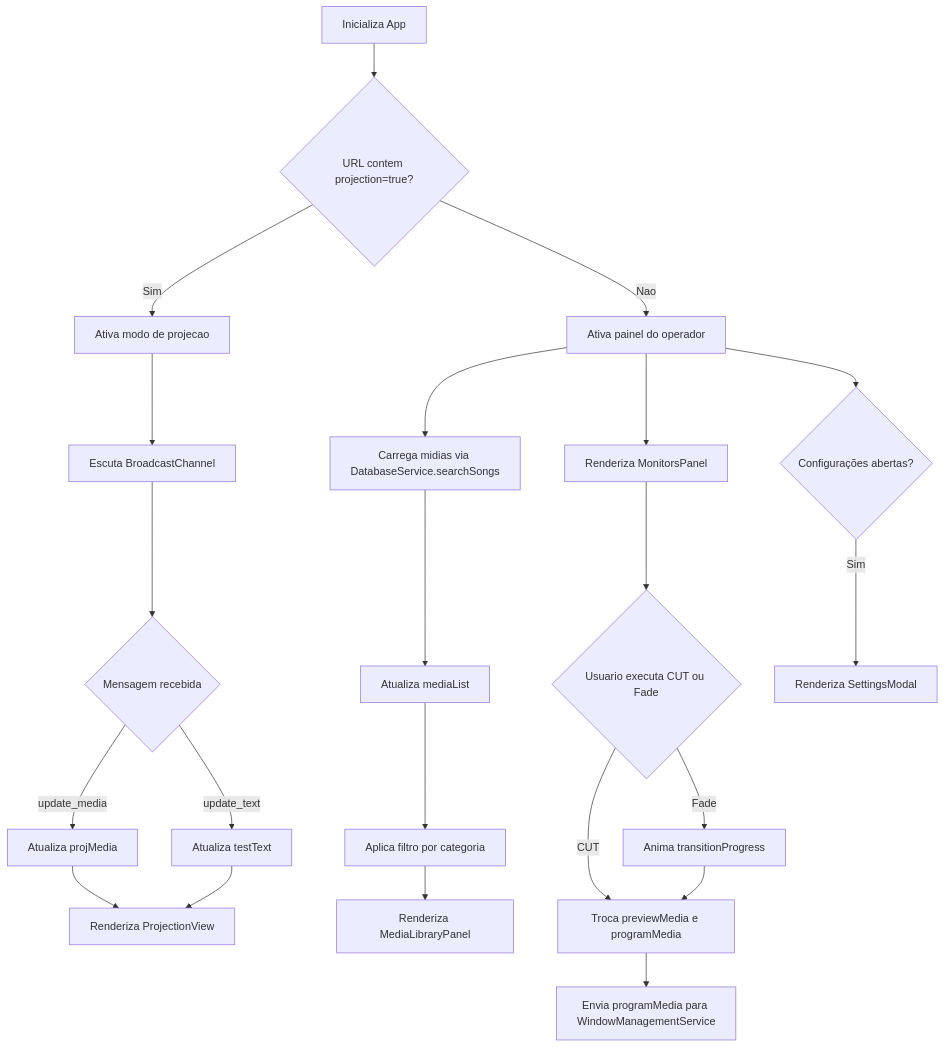
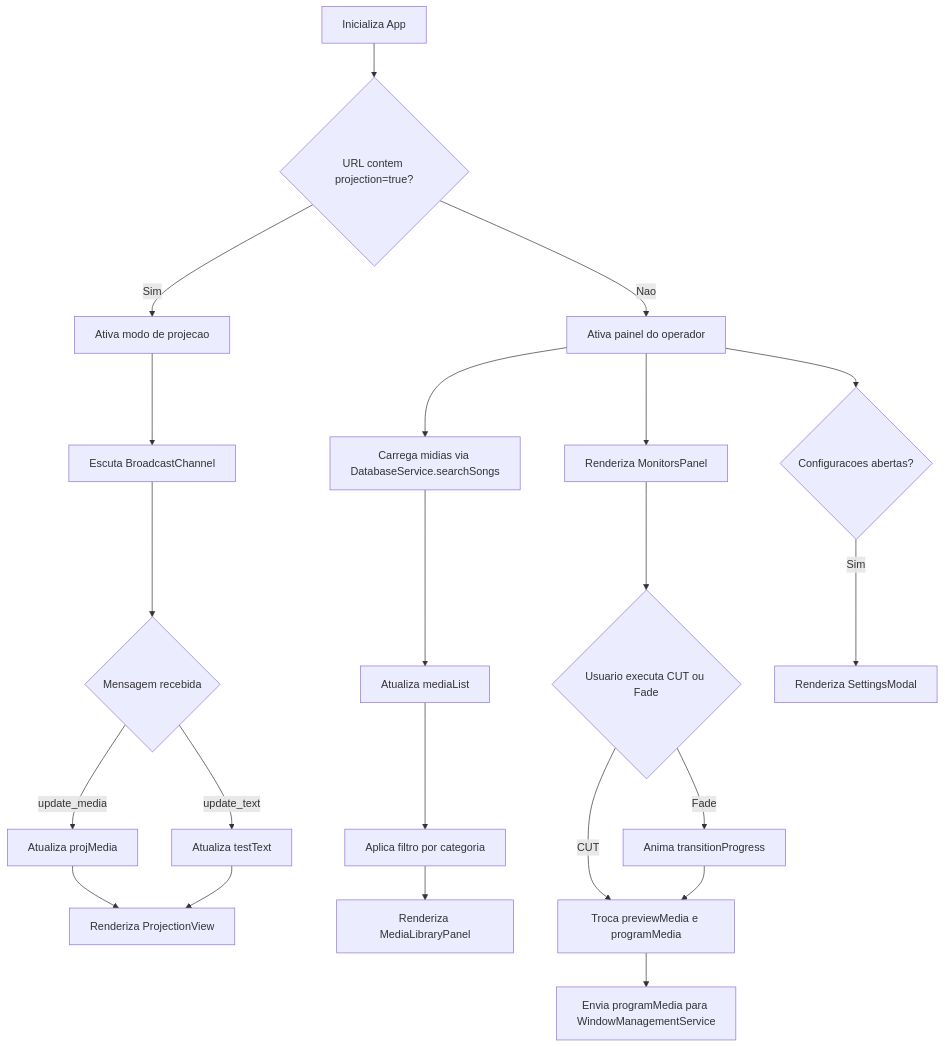
Before and after one commit to 0victor73/StageVision: the diagram in Documentacao/src/App.tsx.md, drawn with Mermaid. The commit also changed other lines of this file and 4 other files, not shown here.

````diff
--- a/Documentacao/src/App.tsx.md
+++ b/Documentacao/src/App.tsx.md
@@ -37,25 +35,25 @@
 ```mermaid
 graph TD
     A[Inicializa App] --> B{URL contem projection=true?}
     B -->|Sim| C[Ativa modo de projecao]
     C --> D[Escuta BroadcastChannel]
     D --> E{Mensagem recebida}
     E -->|update_media| F[Atualiza projMedia]
     E -->|update_text| G[Atualiza testText]
     F --> H[Renderiza ProjectionView]
     G --> H
 
     B -->|Nao| I[Ativa painel do operador]
     I --> J[Carrega midias via DatabaseService.searchSongs]
     J --> K[Atualiza mediaList]
     K --> L[Aplica filtro por categoria]
     L --> M[Renderiza MediaLibraryPanel]
     I --> N[Renderiza MonitorsPanel]
     N --> O{Usuario executa CUT ou Fade}
     O -->|CUT| P[Troca previewMedia e programMedia]
     O -->|Fade| Q[Anima transitionProgress]
     Q --> P
     P --> R[Envia programMedia para WindowManagementService]
-    I --> S{Configurações abertas?}
+    I --> S{Configuracoes abertas?}
     S -->|Sim| T[Renderiza SettingsModal]
 ```
````
